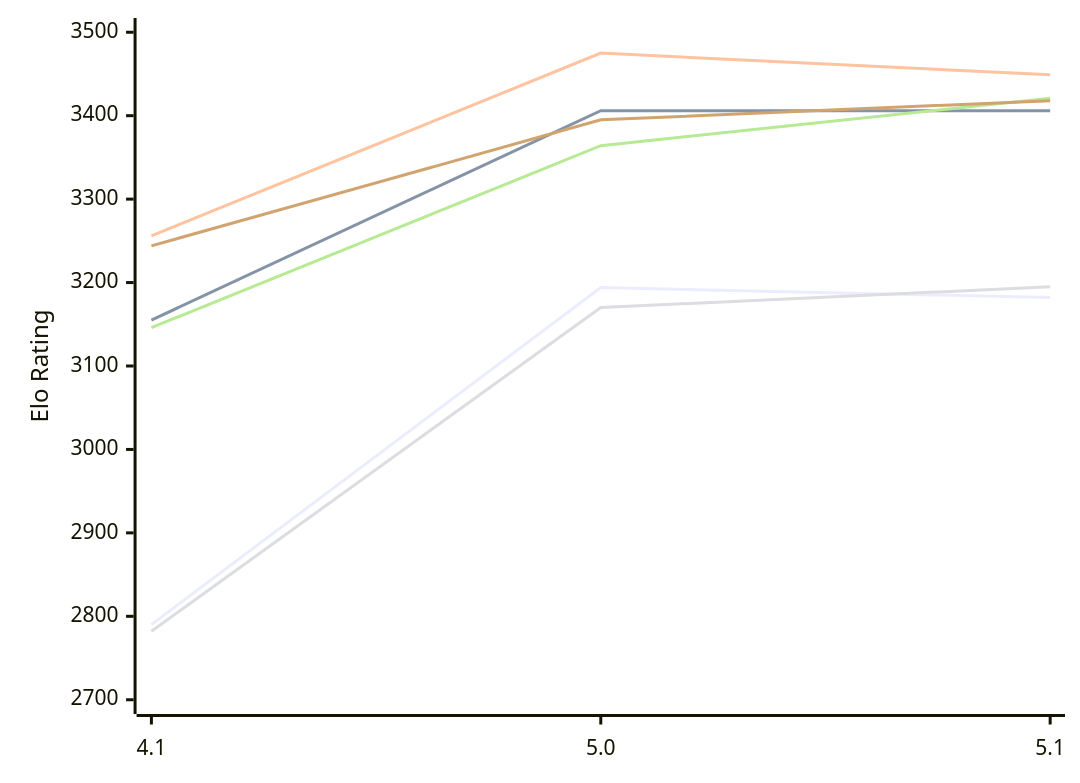
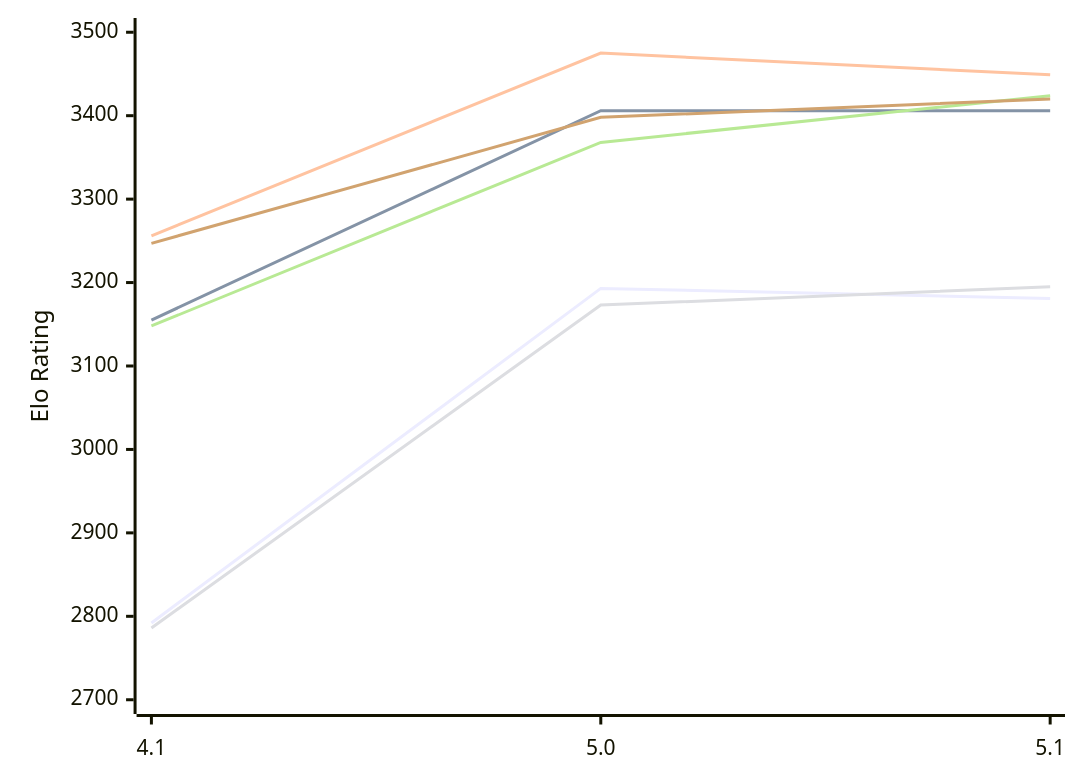
Before and after one commit to computer-chess-index/cci: the diagram in engines/NarcNext.md, drawn with Mermaid. The commit also changed other lines of this file, not shown here.

Commit message:
Update CCI Ratings (ELO VLTC) - 2026-11-24

````diff
--- a/engines/NarcNext.md
+++ b/engines/NarcNext.md
@@ -51,12 +51,12 @@
 ```mermaid
 %%{init: {"theme":"base","themeVariables":{"seriesColors:['#a3a3a3','#222221','#faa371']}}}%%
 xychart-beta
   x-axis ["4.1", "5.0", "5.1"]
   y-axis "Elo Rating" 2700 --> 3500
-  line "E1: STC (8.0+0.08s)" [2790, 3194, 3182]
+  line "E1: STC (8.0+0.08s)" [2792, 3193, 3181]
   line "E1: LTC (60.0+0.60s)" [3155, 3406, 3406]
   line "E1: VLTC (2m24s+1.12s)" [3256, 3475, 3449]
-  line "P1: STC (8.0+0.08s)" [2782, 3170, 3195]
-  line "P1: LTC (60.0+0.60s)" [3146, 3364, 3421]
-  line "P1: VLTC (2m24s+1.12s)" [3244, 3395, 3418]
+  line "P1: STC (8.0+0.08s)" [2786, 3173, 3195]
+  line "P1: LTC (60.0+0.60s)" [3148, 3368, 3424]
+  line "P1: VLTC (2m24s+1.12s)" [3247, 3398, 3420]
 ```
````
